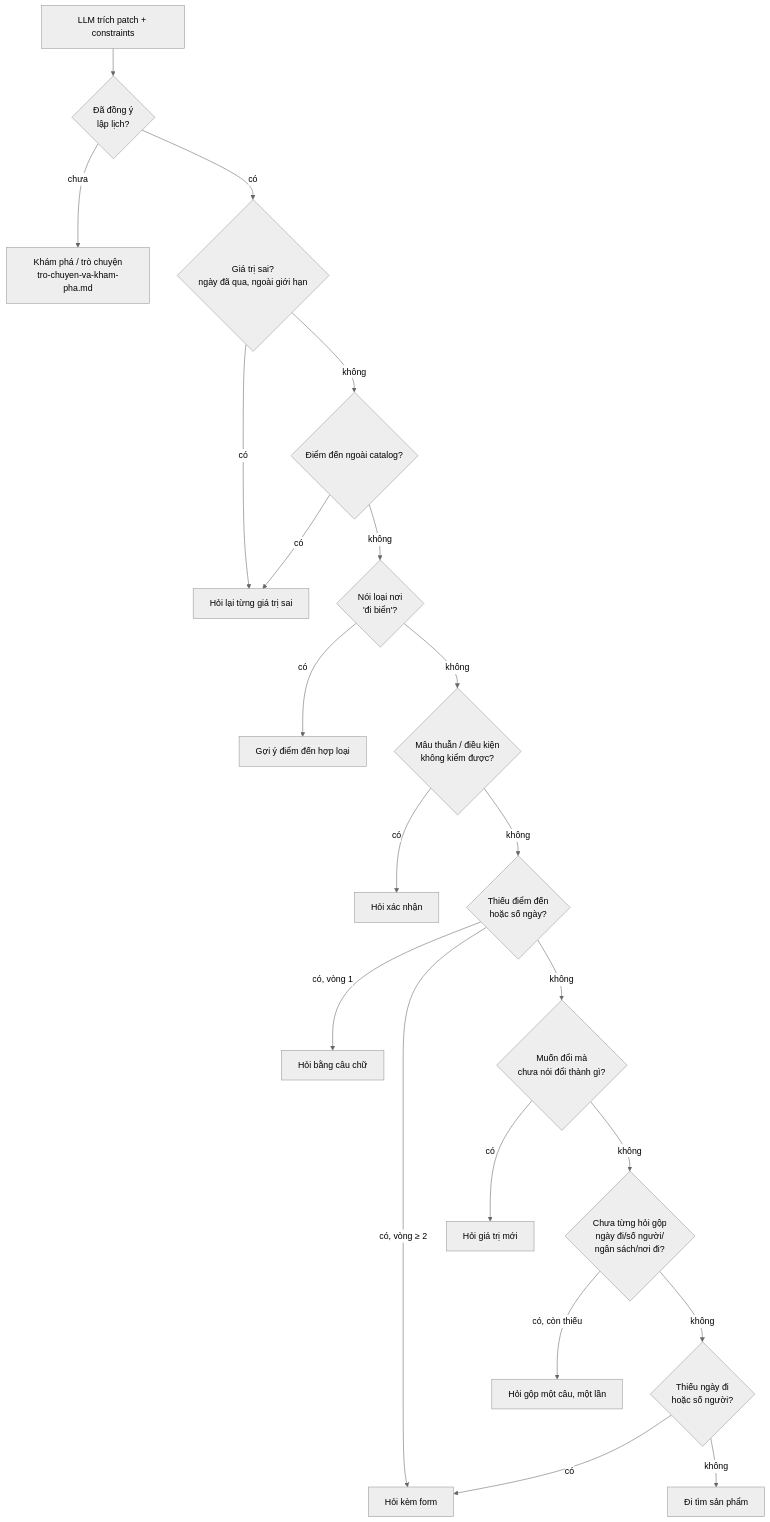
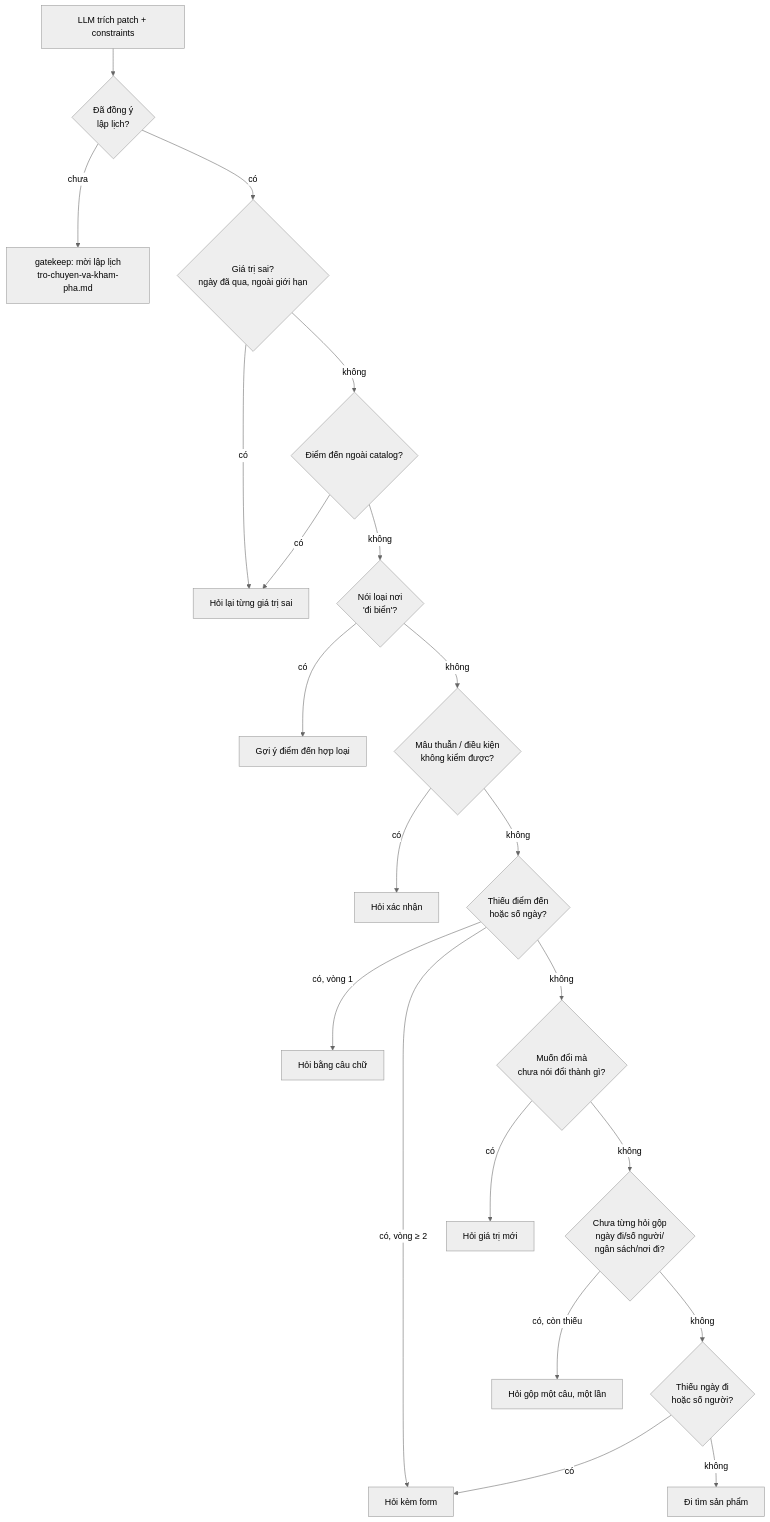
Before and after one commit to NguyenNhat4/Travel-Recommend-System: the diagram in docs/spec/agent/nghiep-vu/hieu-y-dinh-va-hoi-lai.md, drawn with Mermaid (neutral theme). The commit also changed other lines of this file and 163 other files, not shown here.

````diff
--- a/docs/spec/agent/nghiep-vu/hieu-y-dinh-va-hoi-lai.md
+++ b/docs/spec/agent/nghiep-vu/hieu-y-dinh-va-hoi-lai.md
@@ -60,23 +68,23 @@
 ```mermaid
 flowchart TD
     A[LLM trích patch + constraints] --> Z{Đã đồng ý<br/>lập lịch?}
-    Z -- "chưa" --> ZK[Khám phá / trò chuyện<br/>tro-chuyen-va-kham-pha.md]
+    Z -- "chưa" --> ZK[gatekeep: mời lập lịch<br/>tro-chuyen-va-kham-pha.md]
     Z -- "có" --> B{Giá trị sai?<br/>ngày đã qua, ngoài giới hạn}
     B -- có --> Q1[Hỏi lại từng giá trị sai]
     B -- không --> C{Điểm đến ngoài catalog?}
     C -- có --> Q1
     C -- không --> D{Nói loại nơi<br/>'đi biển'?}
     D -- có --> Q2[Gợi ý điểm đến hợp loại]
     D -- không --> E{Mâu thuẫn / điều kiện<br/>không kiểm được?}
     E -- có --> Q3[Hỏi xác nhận]
     E -- không --> F{Thiếu điểm đến<br/>hoặc số ngày?}
     F -- "có, vòng 1" --> Q4[Hỏi bằng câu chữ]
     F -- "có, vòng ≥ 2" --> Q5[Hỏi kèm form]
     F -- không --> G{Muốn đổi mà<br/>chưa nói đổi thành gì?}
     G -- có --> Q6[Hỏi giá trị mới]
     G -- không --> H{Chưa từng hỏi gộp<br/>ngày đi/số người/<br/>ngân sách/nơi đi?}
     H -- "có, còn thiếu" --> Q7[Hỏi gộp một câu, một lần]
     H -- không --> I{Thiếu ngày đi<br/>hoặc số người?}
     I -- có --> Q5
     I -- không --> T[Đi tìm sản phẩm]
 ```
````
